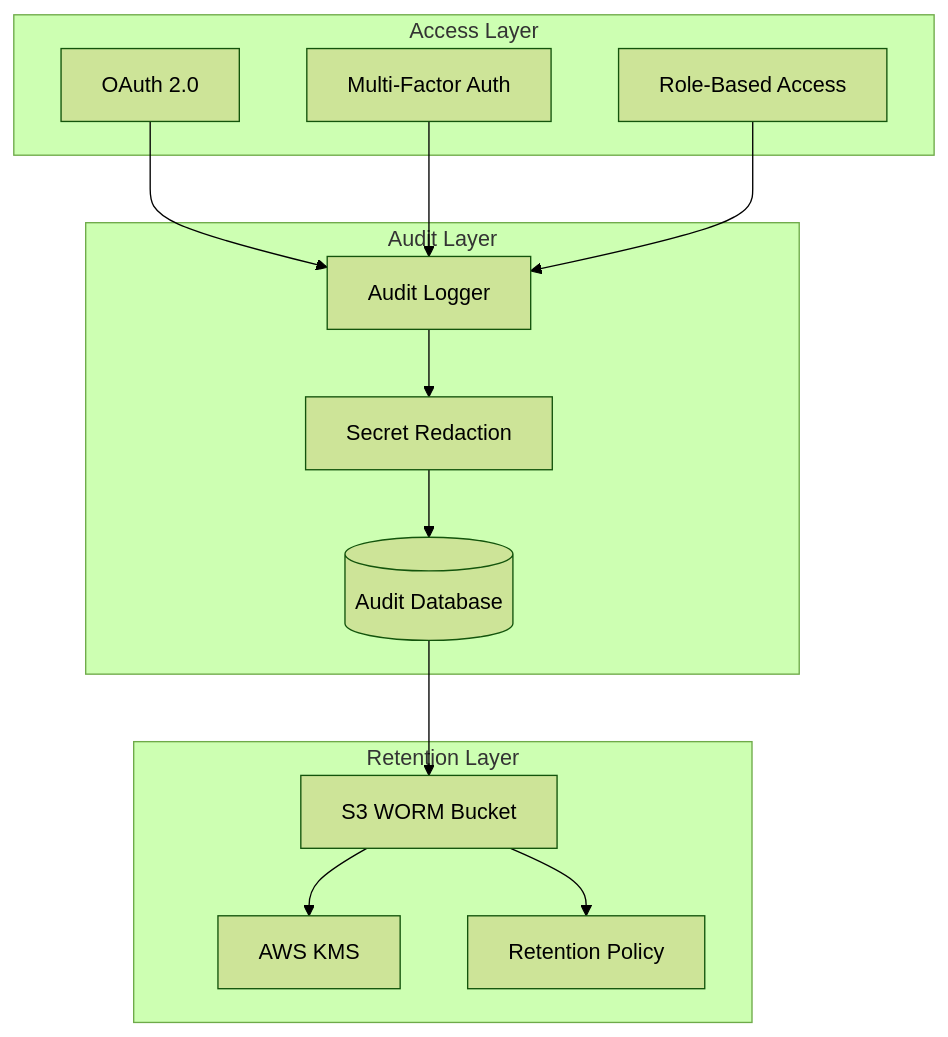
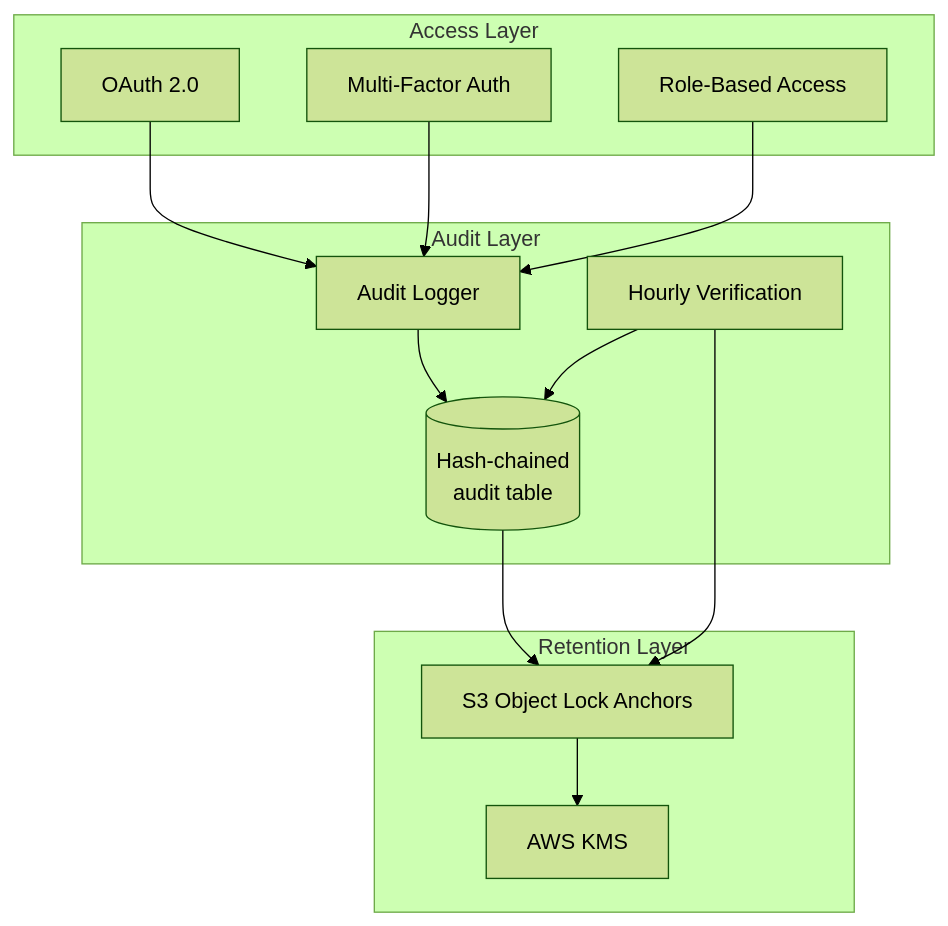
Before and after one commit to DocSpring/rack-gateway: the diagram in docs/src/content/docs/security/compliance/index.mdx, drawn with Mermaid (forest theme). The commit also changed other lines of this file and 108 other files, not shown here.

````diff
--- a/docs/src/content/docs/security/compliance/index.mdx
+++ b/docs/src/content/docs/security/compliance/index.mdx
@@ -37,29 +37,28 @@
 ```mermaid
 graph TB
     subgraph "Access Layer"
         OAuth[OAuth 2.0]
         MFA[Multi-Factor Auth]
         RBAC[Role-Based Access]
     end
 
     subgraph "Audit Layer"
         AuditLog[Audit Logger]
-        Redaction[Secret Redaction]
-        Database[(Audit Database)]
+        Database[(Hash-chained<br/>audit table)]
+        Verify[Hourly Verification]
     end
 
     subgraph "Retention Layer"
-        S3[S3 WORM Bucket]
+        S3[S3 Object Lock Anchors]
         KMS[AWS KMS]
-        Retention[Retention Policy]
     end
 
     OAuth --> AuditLog
     MFA --> AuditLog
     RBAC --> AuditLog
-    AuditLog --> Redaction
-    Redaction --> Database
+    AuditLog --> Database
     Database --> S3
     S3 --> KMS
-    S3 --> Retention
+    Verify --> Database
+    Verify --> S3
 ```
````
